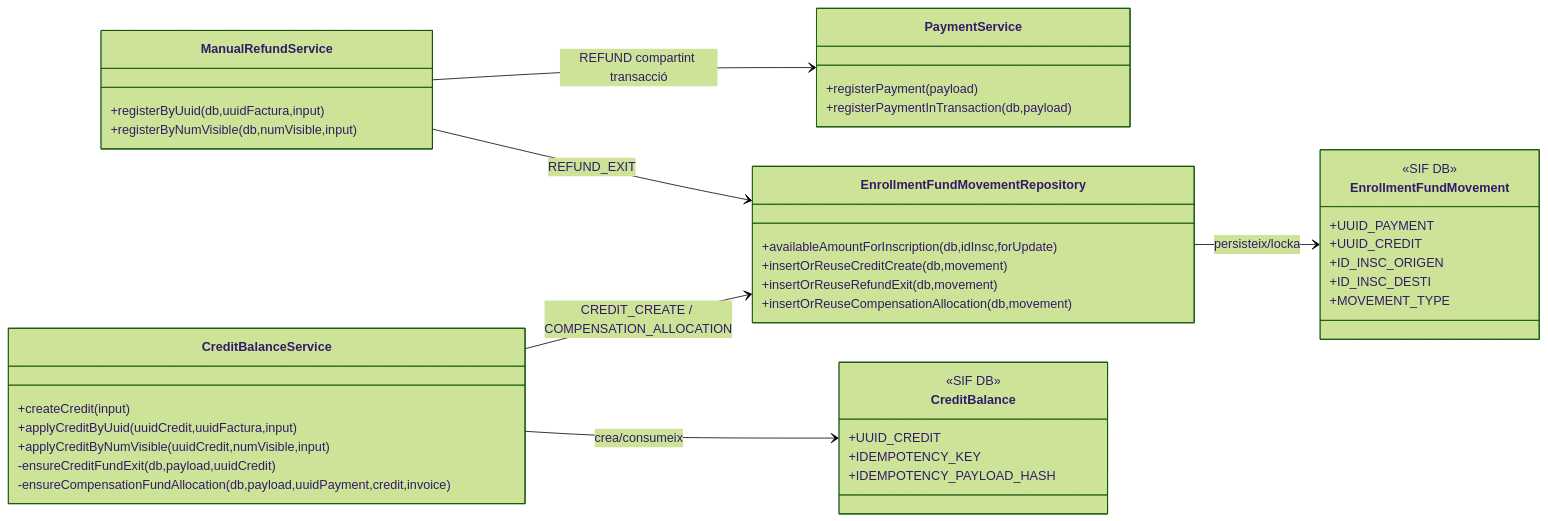
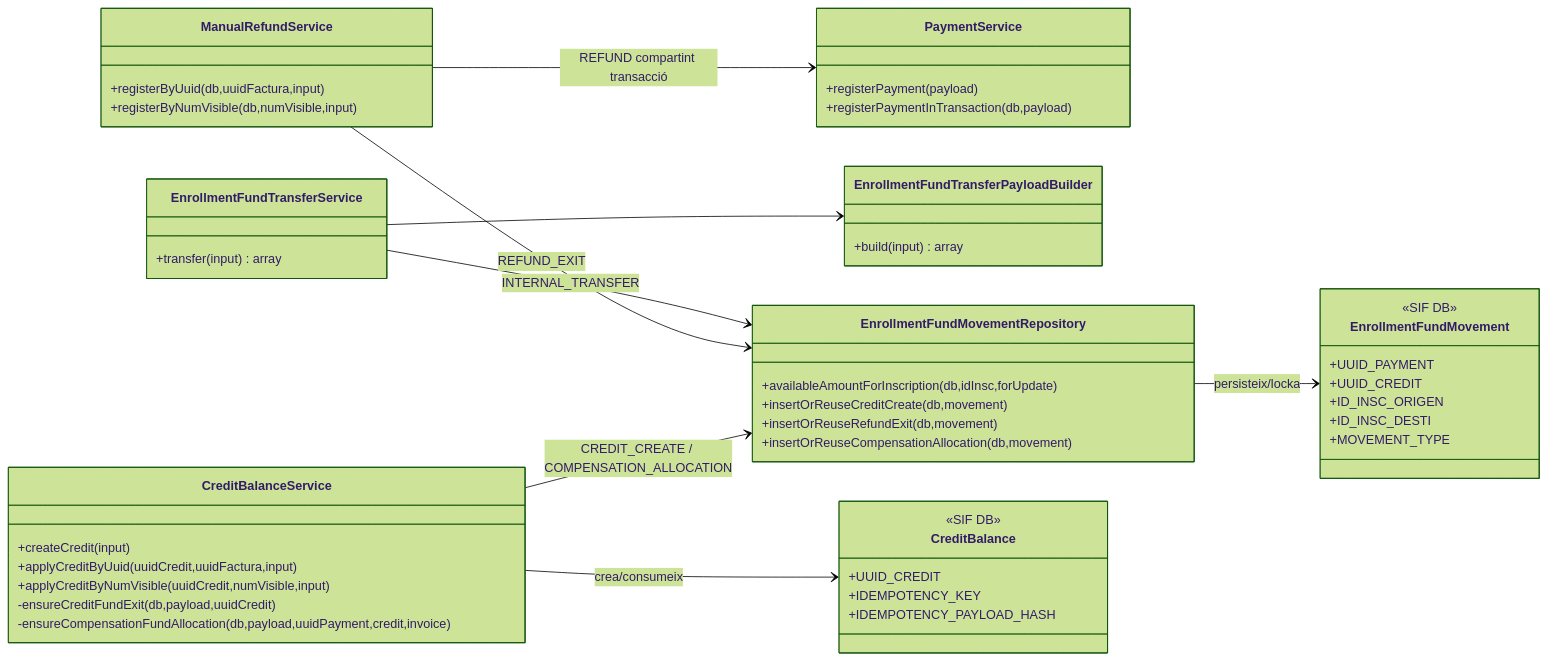
One commit to orgmeriemprismacat-del/verifactu changed the fifth of 6 diagrams in documentacio/07-uml-integrat/uc-006-classes-actual-final.md. Above: the diagram before and after it, drawn with Mermaid (forest theme). The commit also changed other lines of this file, not shown here.

Commit message:
docs(UC-006): afegir INTERNAL_TRANSFER als diagrames de classes

````diff
--- a/documentacio/07-uml-integrat/uc-006-classes-actual-final.md
+++ b/documentacio/07-uml-integrat/uc-006-classes-actual-final.md
@@ -298,44 +299,52 @@
 ```mermaid
 classDiagram
 direction LR
 class ManualRefundService {
   +registerByUuid(db,uuidFactura,input)
   +registerByNumVisible(db,numVisible,input)
 }
 class PaymentService {
   +registerPayment(payload)
   +registerPaymentInTransaction(db,payload)
 }
 class CreditBalanceService {
   +createCredit(input)
   +applyCreditByUuid(uuidCredit,uuidFactura,input)
   +applyCreditByNumVisible(uuidCredit,numVisible,input)
   -ensureCreditFundExit(db,payload,uuidCredit)
   -ensureCompensationFundAllocation(db,payload,uuidPayment,credit,invoice)
+}
+class EnrollmentFundTransferService {
+  +transfer(input) array
+}
+class EnrollmentFundTransferPayloadBuilder {
+  +build(input) array
 }
 class EnrollmentFundMovementRepository {
   +availableAmountForInscription(db,idInsc,forUpdate)
   +insertOrReuseCreditCreate(db,movement)
   +insertOrReuseRefundExit(db,movement)
   +insertOrReuseCompensationAllocation(db,movement)
 }
 class CreditBalance {
   <<SIF DB>>
   +UUID_CREDIT
   +IDEMPOTENCY_KEY
   +IDEMPOTENCY_PAYLOAD_HASH
 }
 class EnrollmentFundMovement {
   <<SIF DB>>
   +UUID_PAYMENT
   +UUID_CREDIT
   +ID_INSC_ORIGEN
   +ID_INSC_DESTI
   +MOVEMENT_TYPE
 }
+EnrollmentFundTransferService --> EnrollmentFundTransferPayloadBuilder
+EnrollmentFundTransferService --> EnrollmentFundMovementRepository : INTERNAL_TRANSFER
 ManualRefundService --> PaymentService : REFUND compartint transacció
 ManualRefundService --> EnrollmentFundMovementRepository : REFUND_EXIT
 CreditBalanceService --> CreditBalance : crea/consumeix
 CreditBalanceService --> EnrollmentFundMovementRepository : CREDIT_CREATE / COMPENSATION_ALLOCATION
 EnrollmentFundMovementRepository --> EnrollmentFundMovement : persisteix/locka
 ```
````
